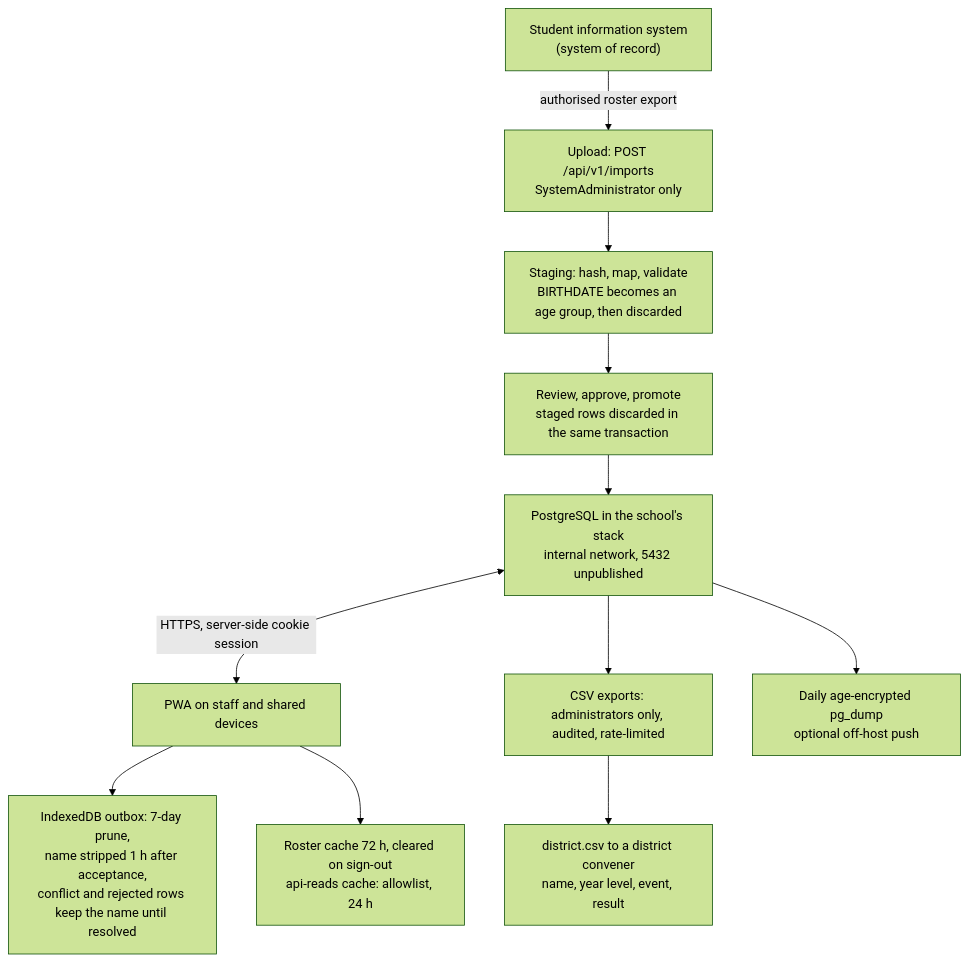
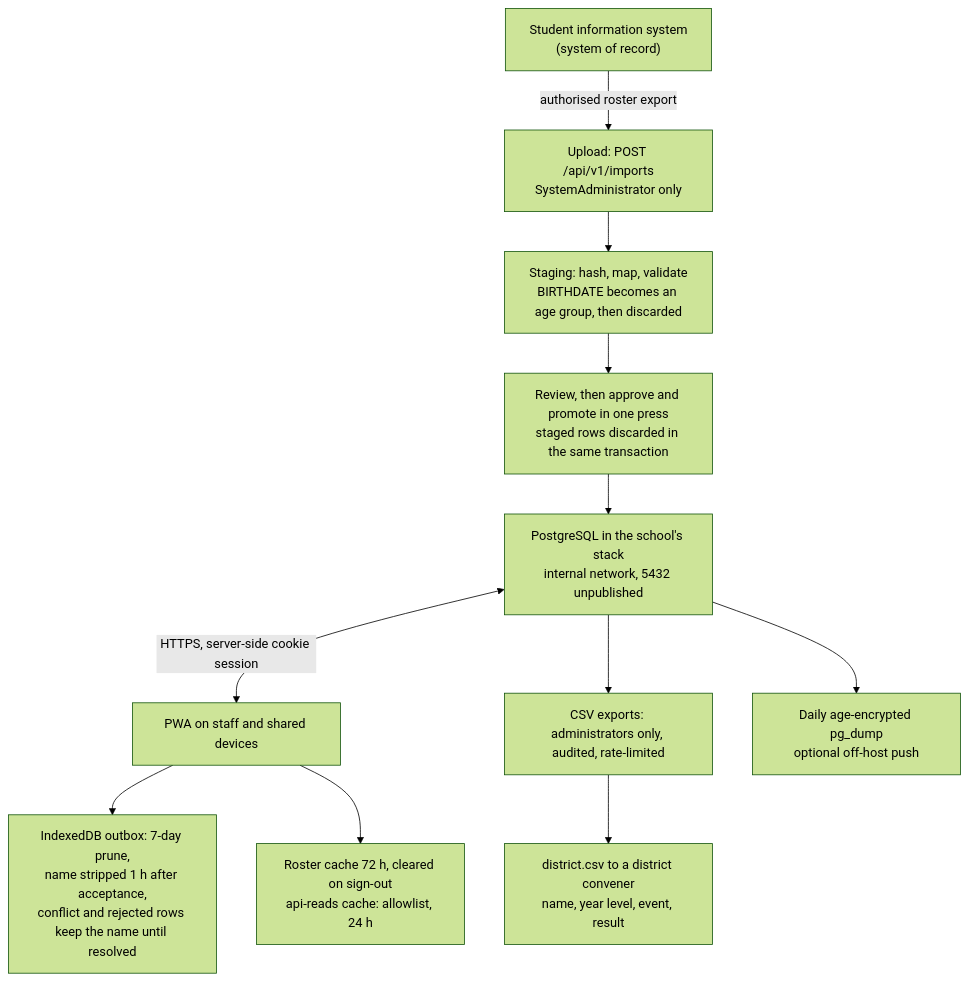
The diagram in docs/governance/data-inventory-and-ipp-mapping.md (jcuzzz/carnival-app), drawn with Mermaid (forest theme) before and after one commit. The commit also changed other lines of this file and 53 other files, not shown here.

````diff
--- a/docs/governance/data-inventory-and-ipp-mapping.md
+++ b/docs/governance/data-inventory-and-ipp-mapping.md
@@ -140,13 +140,13 @@
 ```mermaid
 flowchart TD
   A["Student information system<br/>(system of record)"] -->|"authorised roster export"| B["Upload: POST /api/v1/imports<br/>SystemAdministrator only"]
   B --> C["Staging: hash, map, validate<br/>BIRTHDATE becomes an age group, then discarded"]
-  C --> D["Review, approve, promote<br/>staged rows discarded in the same transaction"]
+  C --> D["Review, then approve and promote in one press<br/>staged rows discarded in the same transaction"]
   D --> E["PostgreSQL in the school's stack<br/>internal network, 5432 unpublished"]
   E <-->|"HTTPS, server-side cookie session"| F["PWA on staff and shared devices"]
   F --> G["IndexedDB outbox: 7-day prune,<br/>name stripped 1 h after acceptance,<br/>conflict and rejected rows keep the name until resolved"]
   F --> H["Roster cache 72 h, cleared on sign-out<br/>api-reads cache: allowlist, 24 h"]
   E --> I["CSV exports: administrators only, audited, rate-limited"]
   I --> J["district.csv to a district convener<br/>name, year level, event, result"]
   E --> K["Daily age-encrypted pg_dump<br/>optional off-host push"]
 ```
````
